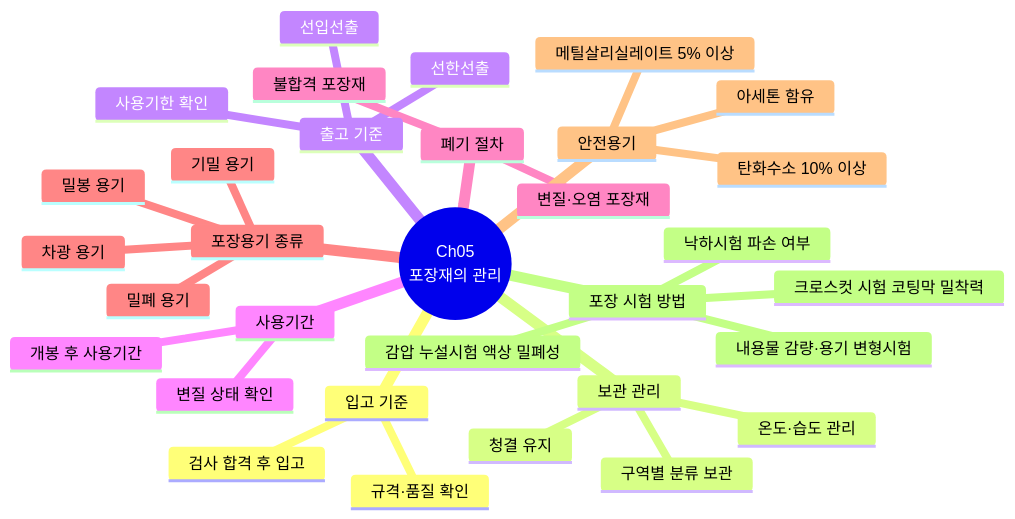
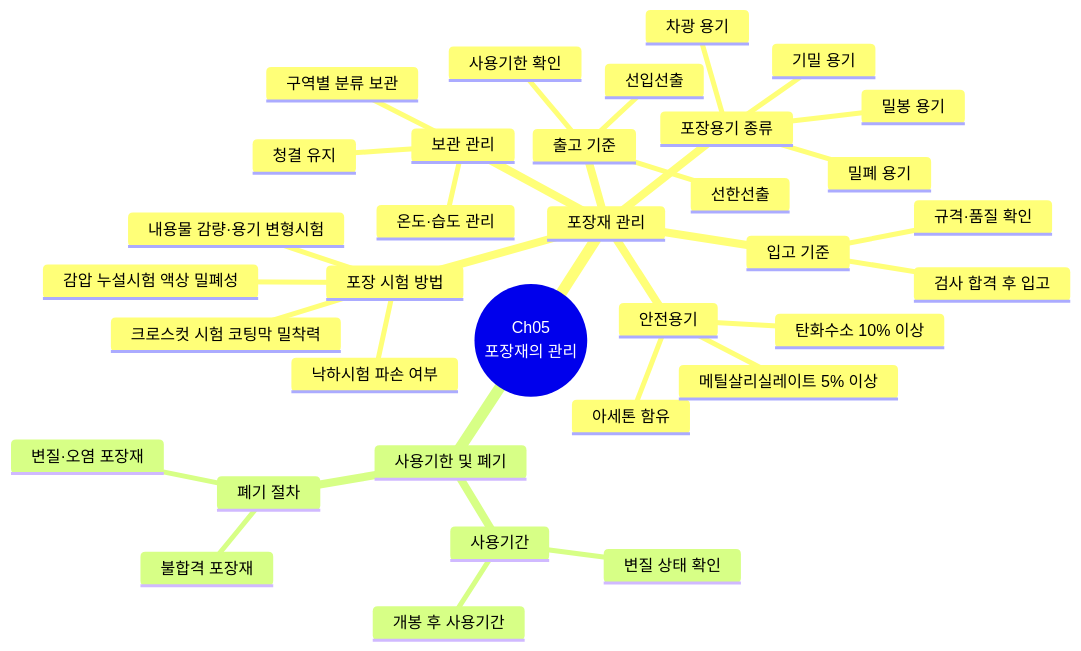
The sixth of 12 diagrams in content/교재/safety/3과목_유통화장품안전관리_이야기형.md (skygoldlee-cyber/Personalized_Skincare), drawn with Mermaid before and after one commit. The commit also changed other lines of this file and 11 other files, not shown here.

````diff
--- a/content/교재/safety/3과목_유통화장품안전관리_이야기형.md
+++ b/content/교재/safety/3과목_유통화장품안전관리_이야기형.md
@@ -389,35 +393,37 @@
 ```mermaid
 mindmap
  root((Ch05<br/>포장재의 관리))
-  입고 기준
-   규격·품질 확인
-   검사 합격 후 입고
-  보관 관리
-   온도·습도 관리
-   청결 유지
-   구역별 분류 보관
-  출고 기준
-   선입선출
-   선한선출
-   사용기한 확인
-  사용기간
-   개봉 후 사용기간
-   변질 상태 확인
-  폐기 절차
-   불합격 포장재
-   변질·오염 포장재
-  포장용기 종류
-   밀폐 용기
-   기밀 용기
-   밀봉 용기
-   차광 용기
-  안전용기
-   아세톤 함유
-   탄화수소 10% 이상
-   메틸살리실레이트 5% 이상
-  포장 시험 방법
-   감압 누설시험 액상 밀폐성
-   크로스컷 시험 코팅막 밀착력
-   내용물 감량·용기 변형시험
-   낙하시험 파손 여부
+  포장재 관리
+   입고 기준
+    규격·품질 확인
+    검사 합격 후 입고
+   보관 관리
+    온도·습도 관리
+    청결 유지
+    구역별 분류 보관
+   출고 기준
+    선입선출
+    선한선출
+    사용기한 확인
+   포장용기 종류
+    밀폐 용기
+    기밀 용기
+    밀봉 용기
+    차광 용기
+   안전용기
+    아세톤 함유
+    탄화수소 10% 이상
+    메틸살리실레이트 5% 이상
+   포장 시험 방법
+    감압 누설시험 액상 밀폐성
+    크로스컷 시험 코팅막 밀착력
+    내용물 감량·용기 변형시험
+    낙하시험 파손 여부
+  사용기한 및 폐기
+   사용기간
+    개봉 후 사용기간
+    변질 상태 확인
+   폐기 절차
+    불합격 포장재
+    변질·오염 포장재
 ```
````
